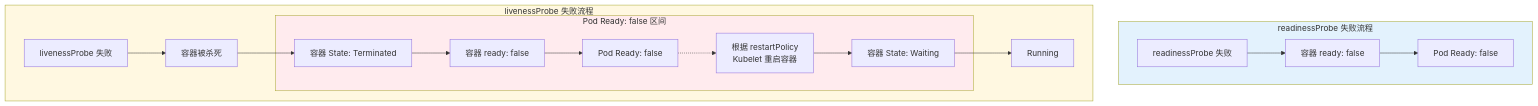
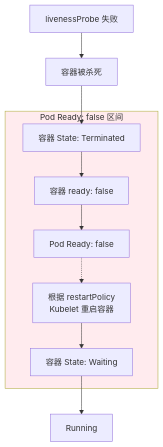
The fifth of 5 diagrams in public/content/articles/2026-04-14-kubernetes-pod-lifecycle.md (RyoJerryYu/blog-next), drawn with Mermaid before and after one commit. The commit also changed other lines of this file, not shown here.

First line of the commit message:
post: enhance Kubernetes Pod lifecycle article with detailed flow tables

````diff
--- a/public/content/articles/2026-04-14-kubernetes-pod-lifecycle.md
+++ b/public/content/articles/2026-04-14-kubernetes-pod-lifecycle.md
@@ -531,25 +540,17 @@
 ```mermaid
+
 flowchart TD
-    subgraph R [readinessProbe 失败流程]
-        R1[readinessProbe 失败] --> R2[容器 ready: false]
-        R2 --> R3[Pod Ready: false]
-    end
+	L1[livenessProbe 失败] --> L2[容器被杀死]
+	L2 --> L3[容器 State: Terminated]
 
-    subgraph L [livenessProbe 失败流程]
-        L1[livenessProbe 失败] --> L2[容器被杀死]
-        L2 --> L3[容器 State: Terminated]
+	subgraph PodReadyFalse1 [Pod Ready: false 区间]
+		L3 --> L4[容器 ready: false]
+		L4 --> L5[Pod Ready: false]
+		L5 -.-> L6[根据 restartPolicy<br/>Kubelet 重启容器]
+		L6 --> L7[容器 State: Waiting]
+	end
 
-        subgraph PodReadyFalse1 [Pod Ready: false 区间]
-	        L3 --> L4[容器 ready: false]
-            L4 --> L5[Pod Ready: false]
-            L5 -.-> L6[根据 restartPolicy<br/>Kubelet 重启容器]
-	        L6 --> L7[容器 State: Waiting]
-        end
+	L7 --> L8[Running]
 
-        L7 --> L8[Running]
-    end
-
-    style R fill:#e3f2fd
-    style L fill:#fff8e1
     style PodReadyFalse1 fill:#ffebee
 ```
````
